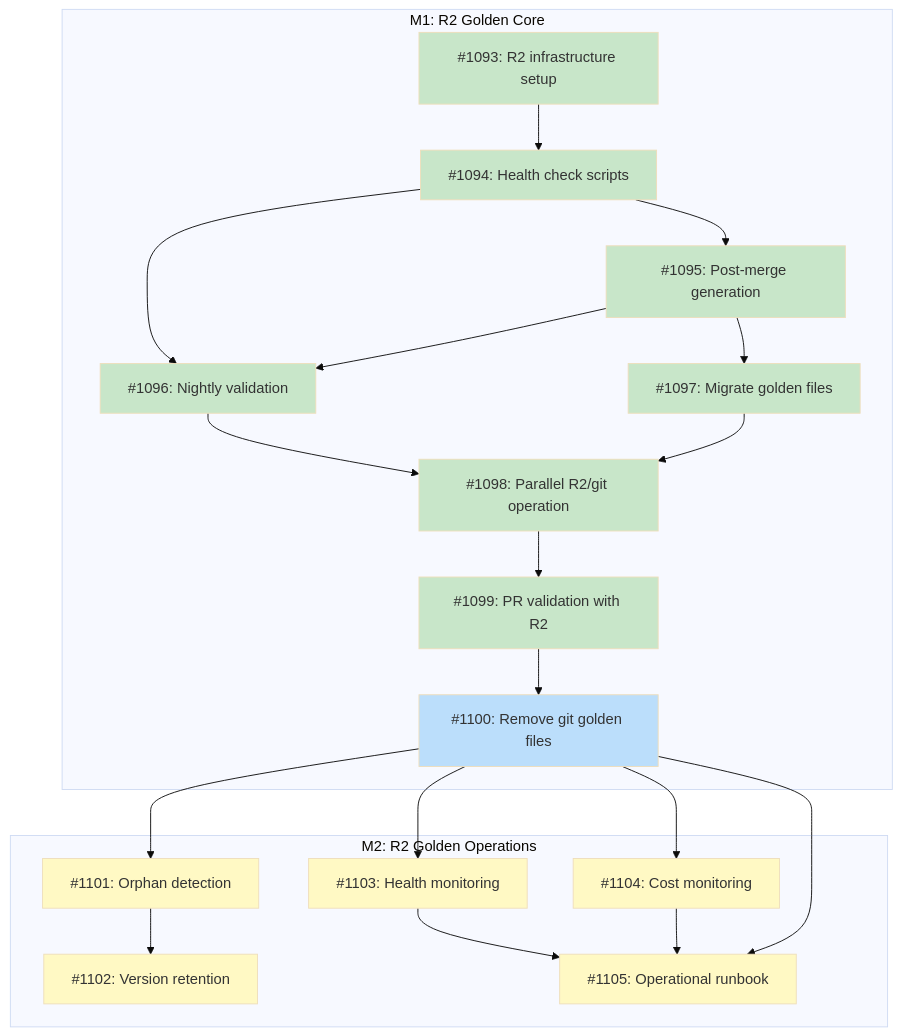
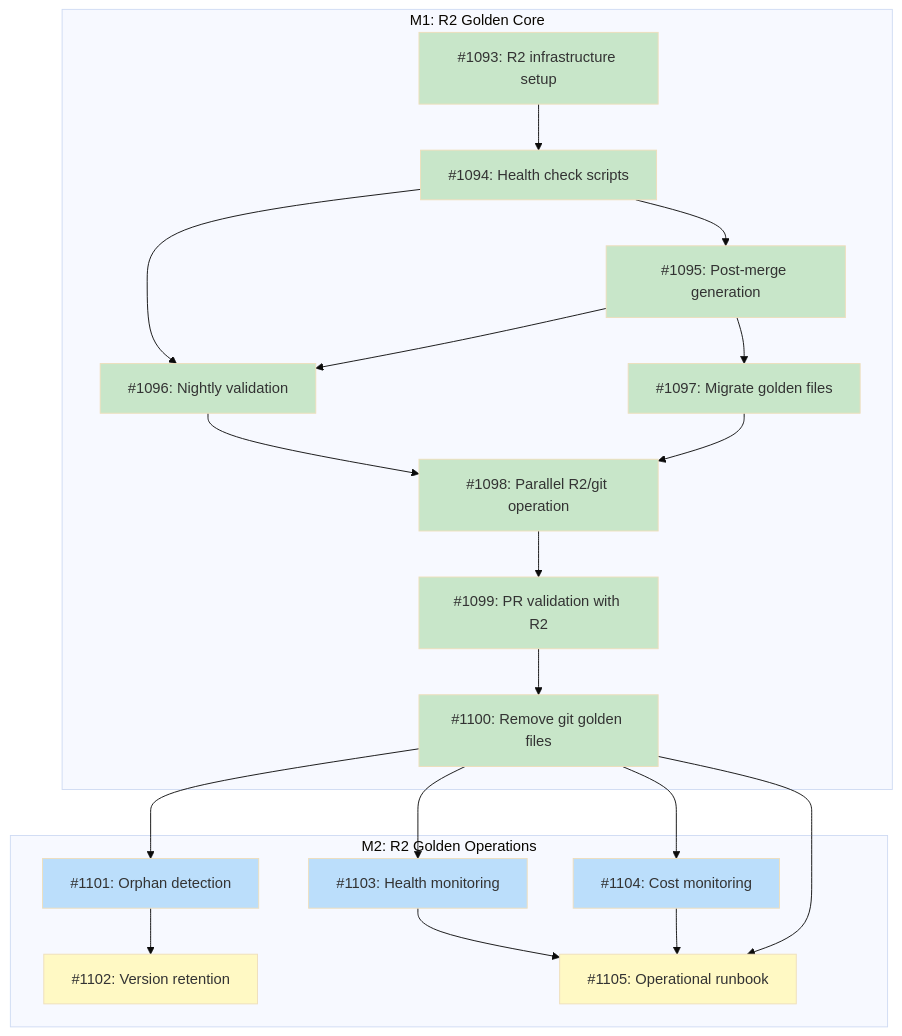
Before and after one commit to tsukumogami/tsuku: the diagram in docs/designs/DESIGN-r2-golden-storage.md, drawn with Mermaid (base theme). The commit also changed 379 other files, not shown here.

````diff
--- a/docs/designs/DESIGN-r2-golden-storage.md
+++ b/docs/designs/DESIGN-r2-golden-storage.md
@@ -41,47 +41,47 @@
 ```mermaid
 graph TD
     subgraph M1["M1: R2 Golden Core"]
         I1093["#1093: R2 infrastructure setup"]
         I1094["#1094: Health check scripts"]
         I1095["#1095: Post-merge generation"]
         I1096["#1096: Nightly validation"]
         I1097["#1097: Migrate golden files"]
         I1098["#1098: Parallel R2/git operation"]
         I1099["#1099: PR validation with R2"]
         I1100["#1100: Remove git golden files"]
     end
 
     subgraph M2["M2: R2 Golden Operations"]
         I1101["#1101: Orphan detection"]
         I1102["#1102: Version retention"]
         I1103["#1103: Health monitoring"]
         I1104["#1104: Cost monitoring"]
         I1105["#1105: Operational runbook"]
     end
 
     I1093 --> I1094
     I1094 --> I1095
     I1094 --> I1096
     I1095 --> I1096
     I1095 --> I1097
     I1096 --> I1098
     I1097 --> I1098
     I1098 --> I1099
     I1099 --> I1100
     I1100 --> I1101
     I1101 --> I1102
     I1100 --> I1103
     I1100 --> I1104
     I1103 --> I1105
     I1104 --> I1105
     I1100 --> I1105
 
     classDef done fill:#c8e6c9
     classDef ready fill:#bbdefb
     classDef blocked fill:#fff9c4
     classDef needsDesign fill:#e1bee7
 
-    class I1093,I1094,I1095,I1096,I1097,I1098,I1099 done
-    class I1100 ready
-    class I1101,I1102,I1103,I1104,I1105 blocked
+    class I1093,I1094,I1095,I1096,I1097,I1098,I1099,I1100 done
+    class I1101,I1103,I1104 ready
+    class I1102,I1105 blocked
 ```
````
